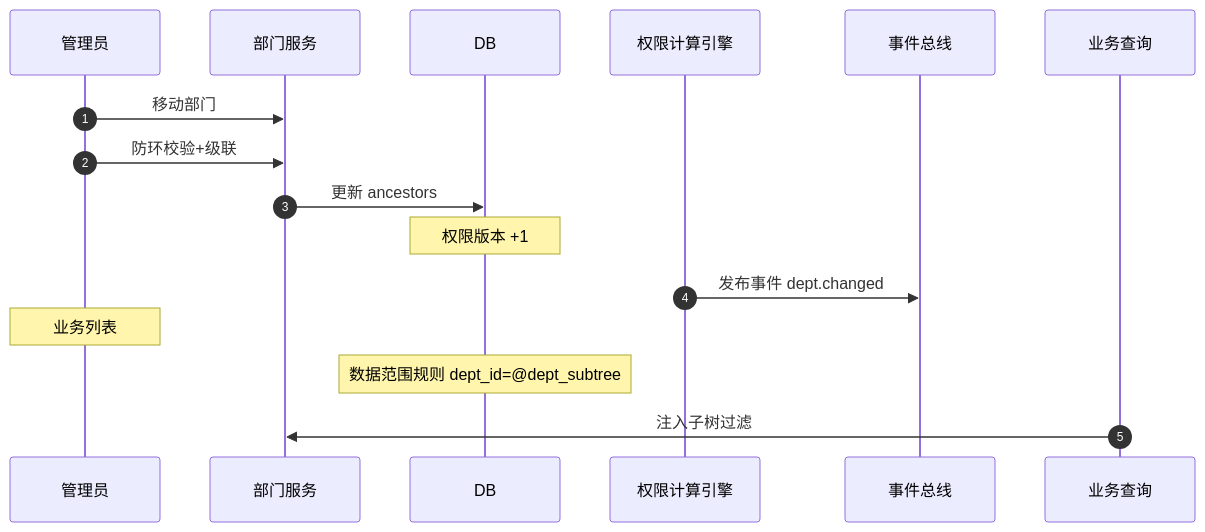
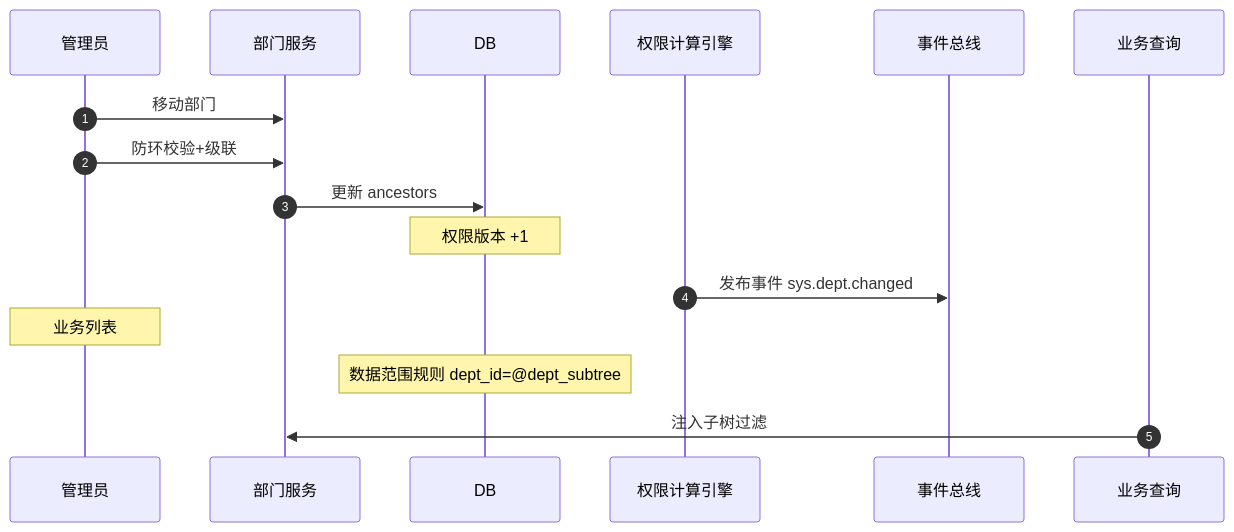
One commit to minjian123/basic-management-system changed the diagram in bms文档/设计/概要设计/08_概要设计_部门管理.md. Above: the diagram before and after it, drawn with Mermaid. The commit also changed other lines of this file and 28 other files, not shown here.

````diff
--- a/bms文档/设计/概要设计/08_概要设计_部门管理.md
+++ b/bms文档/设计/概要设计/08_概要设计_部门管理.md
@@ -49,19 +49,19 @@
 ```mermaid
 sequenceDiagram
     autonumber
     participant 管理员
     participant 部门服务
     participant DB
     participant 权限计算引擎
     participant 事件总线
     participant 业务查询
 
     管理员->>部门服务: 移动部门
     管理员->>部门服务: 防环校验+级联
     部门服务->>DB: 更新 ancestors
     Note over DB: 权限版本 +1
-    权限计算引擎->>事件总线: 发布事件 dept.changed
+    权限计算引擎->>事件总线: 发布事件 sys.dept.changed
     Note over 管理员: 业务列表
     Note over DB: 数据范围规则 dept_id=@dept_subtree
     业务查询->>部门服务: 注入子树过滤
 ```
````
